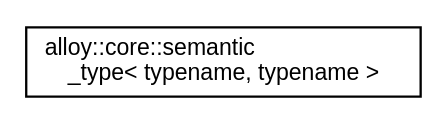
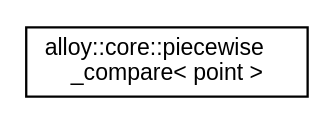
One commit to bitwizeshift/Alloy changed the diagram in api/latest/inherit_graph_38.dot. Above: the diagram before and after it, drawn with Graphviz. The commit also changed 554 other files, not shown here.

```diff
--- a/api/latest/inherit_graph_38.dot
+++ b/api/latest/inherit_graph_38.dot
@@ -1,7 +1,7 @@
 digraph "Graphical Class Hierarchy"
 {
   edge [fontname="Helvetica",fontsize="10",labelfontname="Helvetica",labelfontsize="10"];
   node [fontname="Helvetica",fontsize="10",shape=record];
   rankdir="LR";
-  Node1 [label="alloy::core::semantic\l_type\< typename, typename \>",height=0.2,width=0.4,color="black", fillcolor="white", style="filled",URL="$d8/d0b/classalloy_1_1core_1_1semantic__type.html",tooltip="A semantic type used for adding type-safety around underlying types. "];
+  Node1 [label="alloy::core::piecewise\l_compare\< point \>",height=0.2,width=0.4,color="black", fillcolor="white", style="filled",URL="$db/d2c/structalloy_1_1core_1_1piecewise__compare_3_01point_01_4.html"];
 }
```
